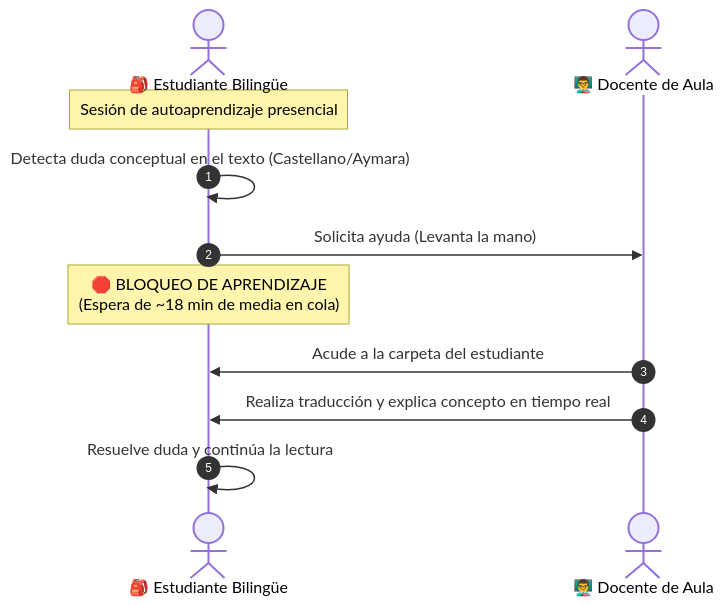
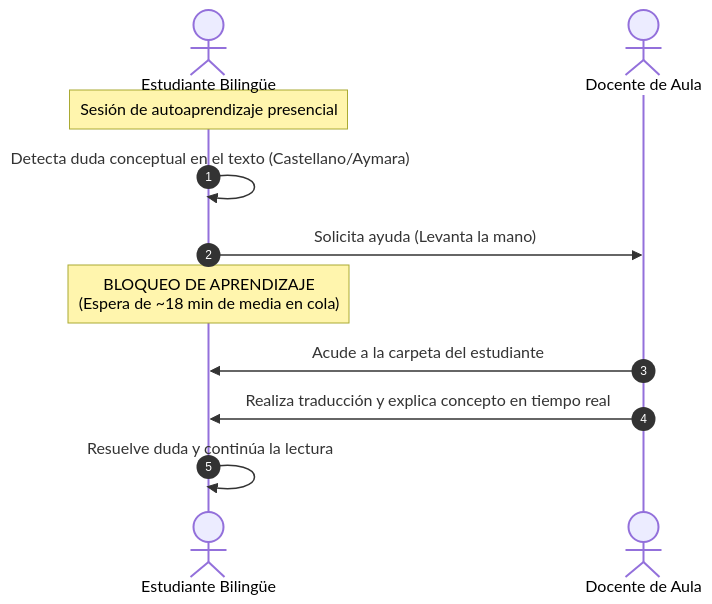
The first of 4 diagrams in docs/ChristianRafaelMamaniCallata/entregable4.md (jhanslarico11/Perfil-de-Egreso), drawn with Mermaid before and after one commit. The commit also changed other lines of this file and 4 other files, not shown here.

Commit message:
Remocion de emojis de los diagramas Mermaid para una apariencia academica limpia

````diff
--- a/docs/ChristianRafaelMamaniCallata/entregable4.md
+++ b/docs/ChristianRafaelMamaniCallata/entregable4.md
@@ -100,14 +100,14 @@
 ```mermaid
 sequenceDiagram
     autonumber
-    actor Alumno as 🎒 Estudiante Bilingüe
-    actor Docente as 👨‍🏫 Docente de Aula
+    actor Alumno as Estudiante Bilingüe
+    actor Docente as Docente de Aula
     
     Note over Alumno: Sesión de autoaprendizaje presencial
     Alumno ->> Alumno: Detecta duda conceptual en el texto (Castellano/Aymara)
     Alumno ->> Docente: Solicita ayuda (Levanta la mano)
-    Note over Alumno: 🛑 BLOQUEO DE APRENDIZAJE<br>(Espera de ~18 min de media en cola)
+    Note over Alumno: BLOQUEO DE APRENDIZAJE<br>(Espera de ~18 min de media en cola)
     Docente ->> Alumno: Acude a la carpeta del estudiante
     Docente ->> Alumno: Realiza traducción y explica concepto en tiempo real
     Alumno ->> Alumno: Resuelve duda y continúa la lectura
 ```
````
